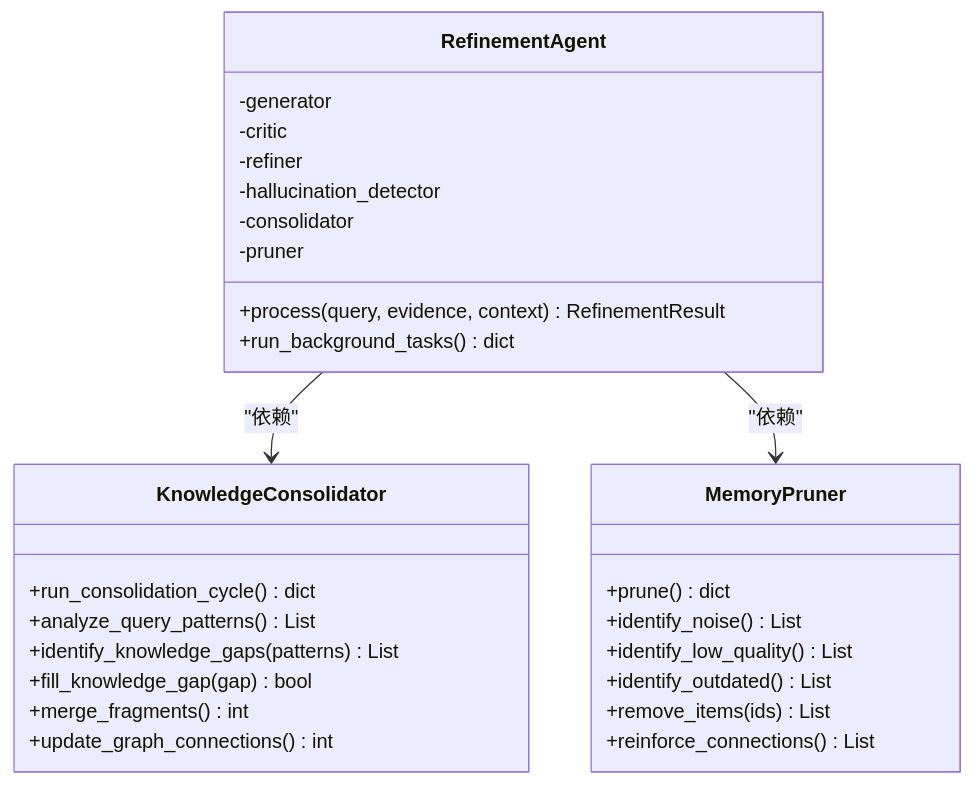
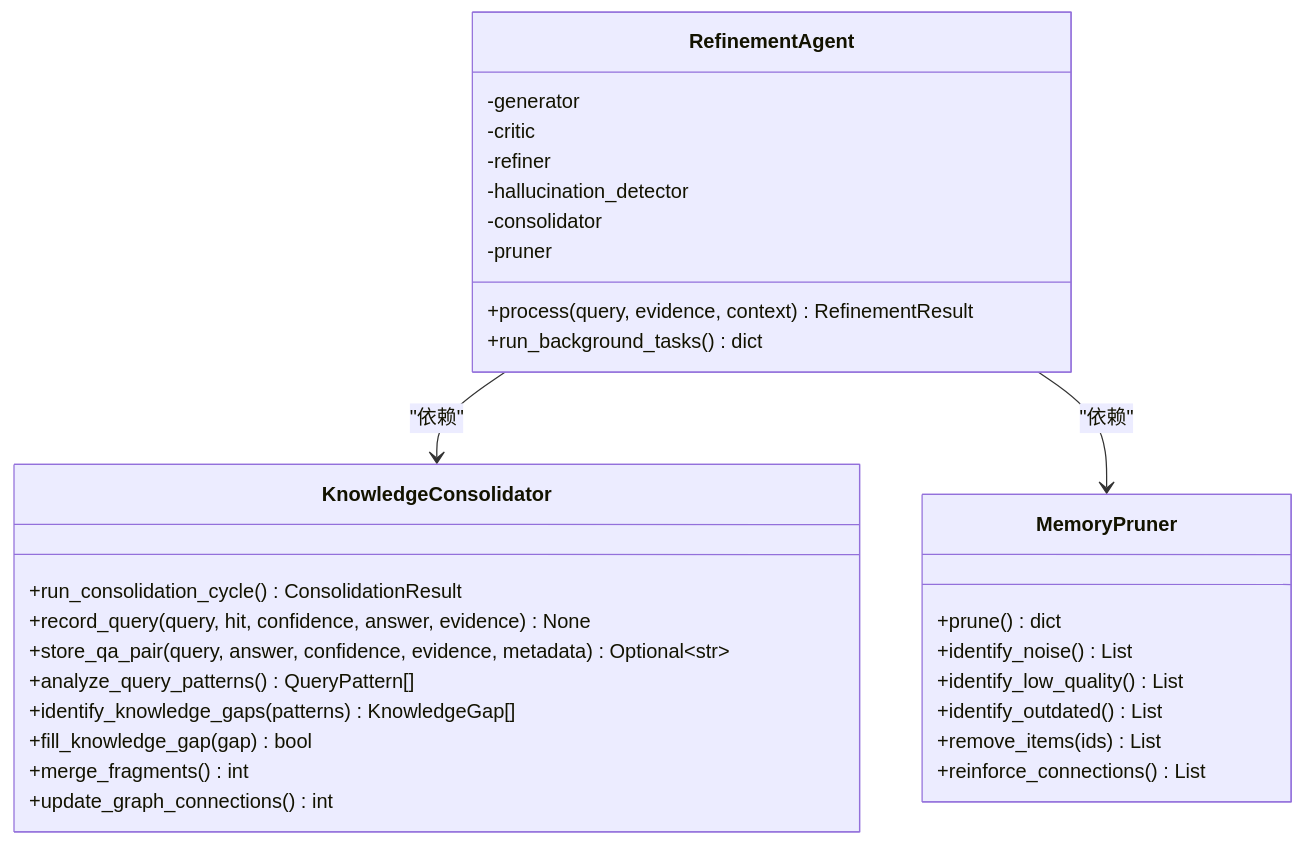
Before and after one commit to JieGaoPrinceton/NecoRAG: the fourth of 6 diagrams in .qoder/repowiki/zh/content/巩固层模块/知识固化系统.md, drawn with Mermaid. The commit also changed other lines of this file and 12 other files, not shown here.

````diff
--- a/.qoder/repowiki/zh/content/巩固层模块/知识固化系统.md
+++ b/.qoder/repowiki/zh/content/巩固层模块/知识固化系统.md
@@ -192,31 +210,33 @@
 ```mermaid
 classDiagram
 class RefinementAgent {
 +process(query, evidence, context) RefinementResult
 +run_background_tasks() dict
 -generator
 -critic
 -refiner
 -hallucination_detector
 -consolidator
 -pruner
 }
 class KnowledgeConsolidator {
-+run_consolidation_cycle() dict
-+analyze_query_patterns() List
-+identify_knowledge_gaps(patterns) List
++run_consolidation_cycle() ConsolidationResult
++record_query(query, hit, confidence, answer, evidence) None
++store_qa_pair(query, answer, confidence, evidence, metadata) Optional~str~
++analyze_query_patterns() QueryPattern[]
++identify_knowledge_gaps(patterns) KnowledgeGap[]
 +fill_knowledge_gap(gap) bool
 +merge_fragments() int
 +update_graph_connections() int
 }
 class MemoryPruner {
 +prune() dict
 +identify_noise() List
 +identify_low_quality() List
 +identify_outdated() List
 +remove_items(ids) List
 +reinforce_connections() List
 }
 RefinementAgent --> KnowledgeConsolidator : "依赖"
 RefinementAgent --> MemoryPruner : "依赖"
 ```
````
